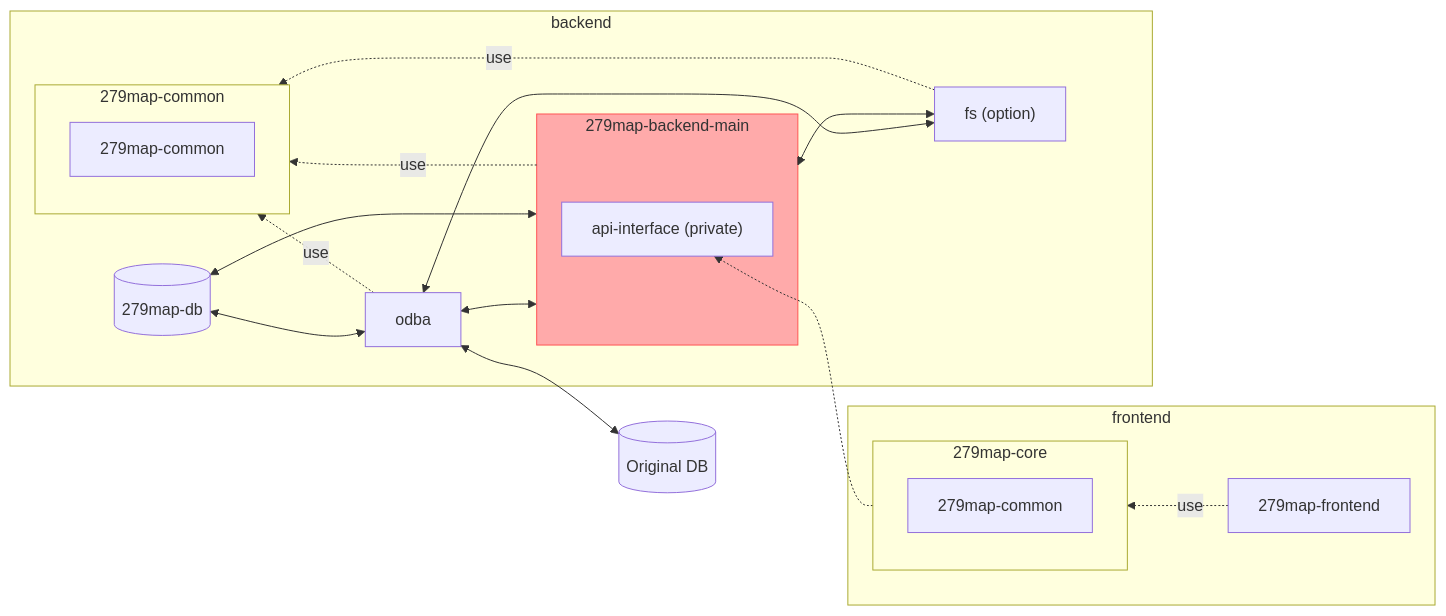
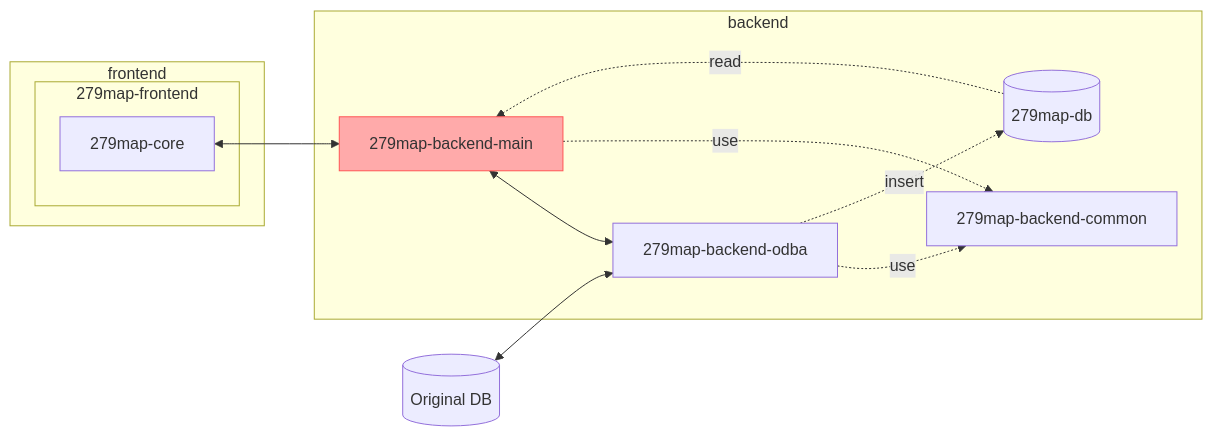
One commit to satocheeen/279map changed the diagram in 279map-backend-main/README.md. Above: the diagram before and after it, drawn with Mermaid. The commit also changed 3 other files, not shown here.

````diff
--- a/279map-backend-main/README.md
+++ b/279map-backend-main/README.md
@@ -4,34 +4,24 @@
 ```mermaid
-flowchart RL
+flowchart LR
 	subgraph frontend
-		subgraph 279map-core
-			279map-common-core["279map-common"]
+		subgraph 279map-frontend
+			279map-core
 		end
-		279map-frontend -. use .-> 279map-core
 	end
 
 	subgraph backend
 		db[("279map-db")]
+		279map-backend-main
 
-		subgraph 279map-backend-main
-			api-interface["api-interface (private)"]
-		end
+		279map-backend-main <--> odba["279map-backend-odba"]
+		odba-."use".->279map-backend-common
+		279map-backend-main-."use".->279map-backend-common
 
-		subgraph 279map-common
-			279map-common-backend["279map-common"]
-		end
+		db -.read.-> 279map-backend-main
+		odba -.insert.-> db
+	end
+	279map-core <--> 279map-backend-main
+	original-db[("Original DB")] <--> odba
 
-		279map-backend-main <--> odba
-		279map-backend-main <--> db
-		odba <--> db
-		fs["fs (option)"] <--> 279map-backend-main
-		fs <--> odba
-		279map-backend-main -. use .-> 279map-common
-		odba -. use .-> 279map-common
-		fs -. use .-> 279map-common
-	end
-	279map-core -.-> api-interface
-	original-db[("Original DB")] <--> odba
-	
 	style 279map-backend-main fill:#faa, stroke:#f55
 ```
````
